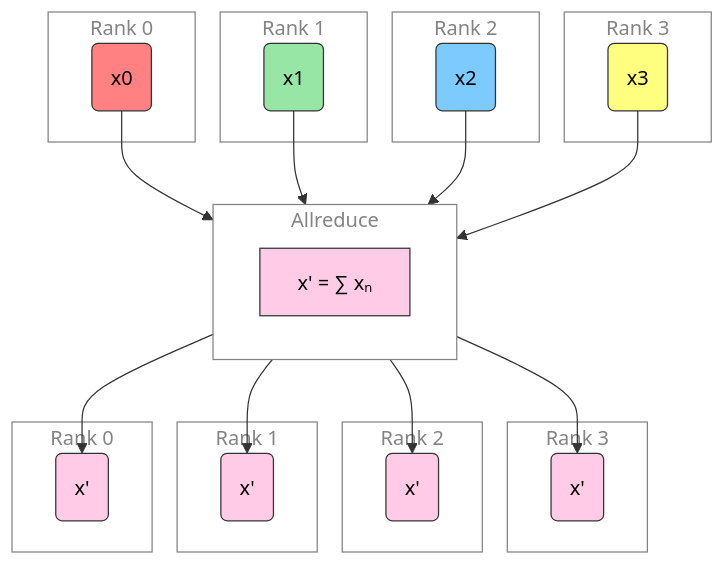
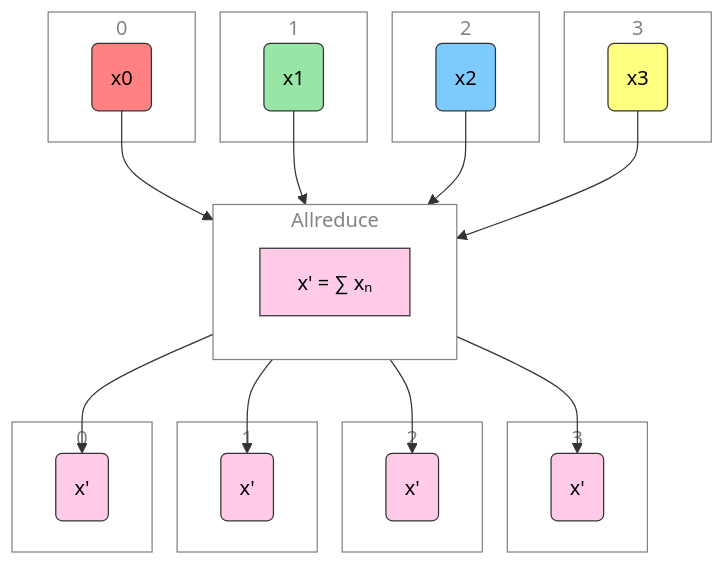
The sixth of 13 diagrams in docs/talks/ai-for-science-2024/ai-for-science-2024.md (saforem2/personal_site), drawn with Mermaid before and after one commit. The commit also changed other lines of this file and 101 other files, not shown here.

````diff
--- a/docs/talks/ai-for-science-2024/ai-for-science-2024.md
+++ b/docs/talks/ai-for-science-2024/ai-for-science-2024.md
@@ -446,52 +447,52 @@
 ``` mermaid
 flowchart TD
-  subgraph R0["`Rank 0`"]
+  subgraph R0["`0`"]
     x0("`x0`")
   end
-  subgraph R1["`Rank 1`"]
+  subgraph R1["`1`"]
     x1("`x1`")
   end
-  subgraph R2["`Rank 2`"]
+  subgraph R2["`2`"]
     x2("`x2`")
   end
-  subgraph R3["`Rank 3`"]
+  subgraph R3["`3`"]
     x3("`x3`")
   end
   subgraph AR["`Allreduce`"]
     xp["`x' = ∑ xₙ `"]
   end
-  subgraph AR3["`Rank 3`"]
+  subgraph AR3["`3`"]
     xp3("`x'`")
   end
-  subgraph AR2["`Rank 2`"]
+  subgraph AR2["`2`"]
     xp2("`x'`")
   end
-  subgraph AR1["`Rank 1`"]
+  subgraph AR1["`1`"]
     xp1("`x'`")
   end
-  subgraph AR0["`Rank 0`"]
+  subgraph AR0["`0`"]
     xp0("`x'`")
   end
   x0 --> AR
   x1 --> AR
   x2 --> AR
   x3 --> AR
   AR --> xp0
   AR --> xp1
   AR --> xp2
   AR --> xp3
 classDef block fill:#CCCCCC02,stroke:#838383,stroke-width:1px,color:#838383
 classDef red fill:#ff8181,stroke:#333,stroke-width:1px,color:#000
 classDef orange fill:#FFC47F,stroke:#333,stroke-width:1px,color:#000
 classDef yellow fill:#FFFF7F,stroke:#333,stroke-width:1px,color:#000
 classDef green fill:#98E6A5,stroke:#333,stroke-width:1px,color:#000
 classDef pink fill:#E599F7,stroke:#333,stroke-width:1px,color:#000
 classDef blue fill:#7DCAFF,stroke:#333,stroke-width:1px,color:#000
 classDef purple fill:#FFCBE6,stroke:#333,stroke-width:1px,color:#000
 class R0,R1,R2,R3,AR,AR0,AR1,AR2,AR3 block
 class xp,xp0,xp1,xp2,xp3, purple
 class x0, red
 class x1, green
 class x2, blue
 class x3, yellow
 ```
````
